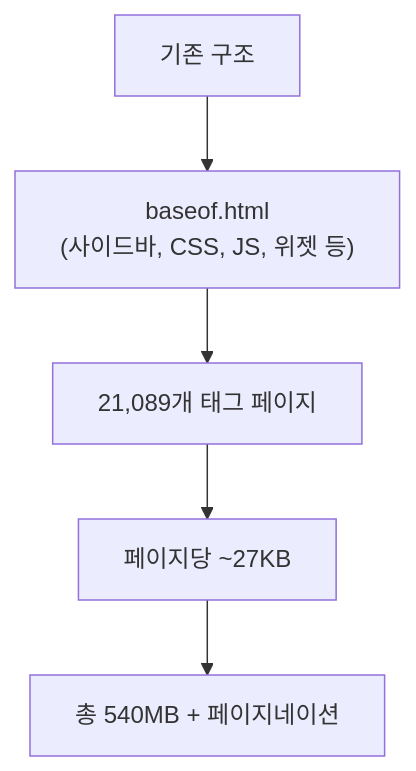
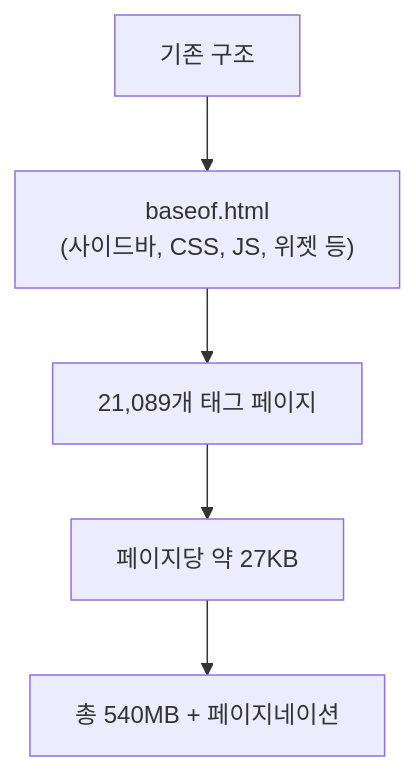
Before and after one commit to 42jerrykim/42jerrykim.github.io: the second of 5 diagrams in content/post/2026/2026-02-24-hugo-build-optimization-github-pages/index.md, drawn with Mermaid. The commit also changed other lines of this file and 239 other files, not shown here.

````diff
--- a/content/post/2026/2026-02-24-hugo-build-optimization-github-pages/index.md
+++ b/content/post/2026/2026-02-24-hugo-build-optimization-github-pages/index.md
@@ -149,7 +189,7 @@
 ```mermaid
 flowchart TD
-    A["기존 구조"] --> B["baseof.html</br>(사이드바, CSS, JS, 위젯 등)"]
-    B --> C["21,089개 태그 페이지"]
-    C --> D["페이지당 ~27KB"]
-    D --> E["총 540MB + 페이지네이션"]
+    LegacyRoot["기존 구조"] --> BaseOf["baseof.html</br>(사이드바, CSS, JS, 위젯 등)"]
+    BaseOf --> ManyTags["21,089개 태그 페이지"]
+    ManyTags --> PerPage["페이지당 약 27KB"]
+    PerPage --> TotalSize["총 540MB + 페이지네이션"]
 ```
````
